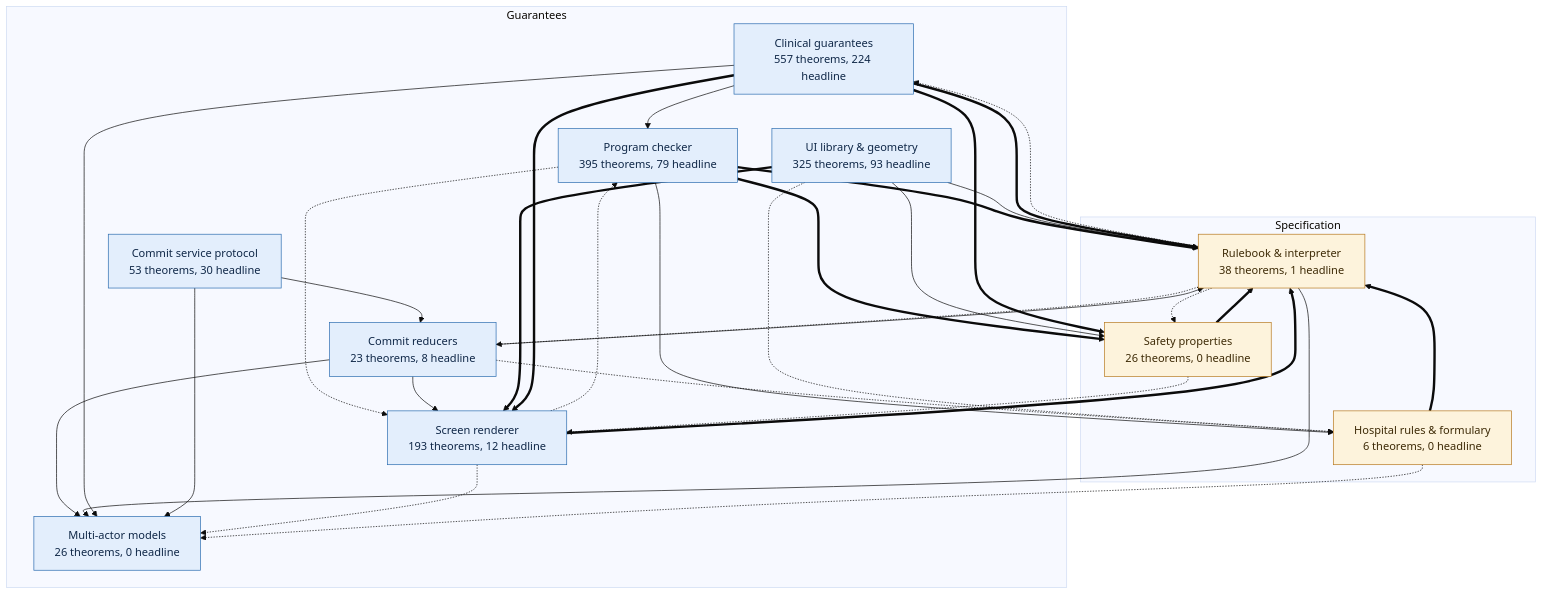
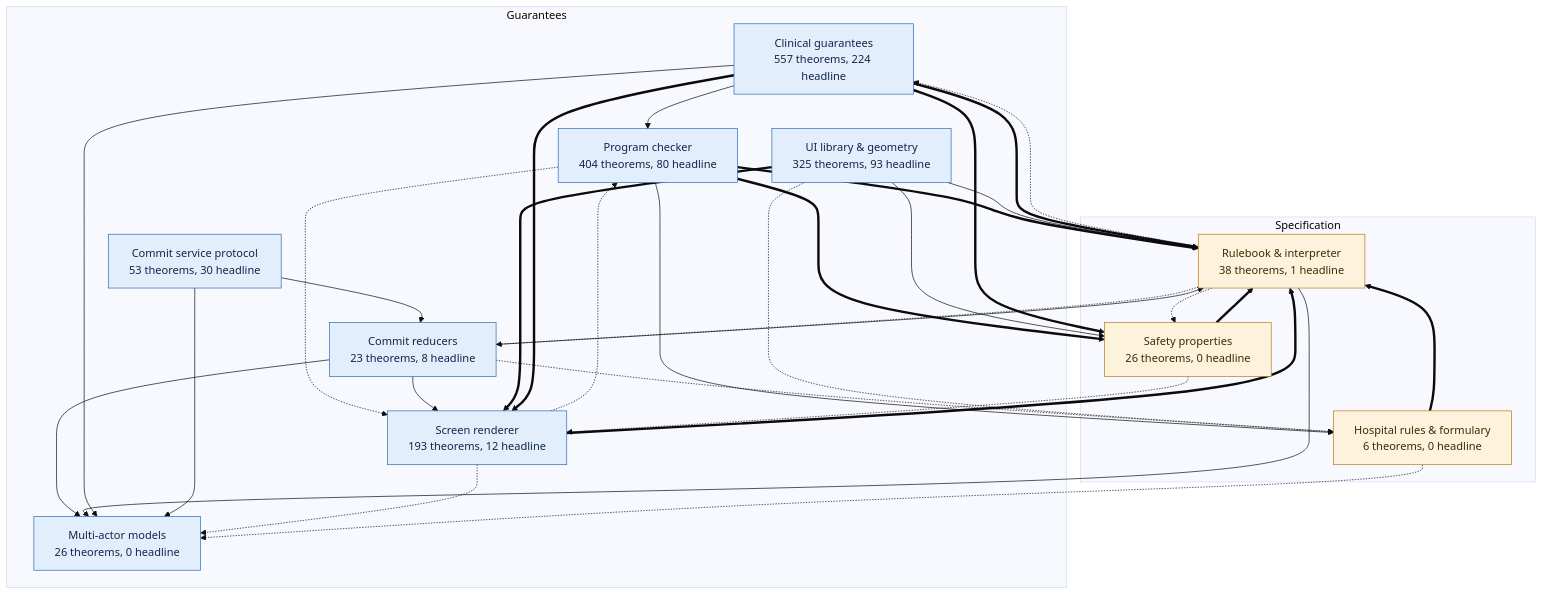
Before and after one commit to saithat/VGI-Health: the first of 10 diagrams in docs/proof-map.md, drawn with Mermaid (base theme). The commit also changed other lines of this file and 17 other files, not shown here.

````diff
--- a/docs/proof-map.md
+++ b/docs/proof-map.md
@@ -15,49 +15,49 @@
 ```mermaid
 flowchart TB
   subgraph guar_g["Guarantees"]
     proofs["Clinical guarantees<br/>557 theorems, 224 headline"]:::guar
-    check["Program checker<br/>395 theorems, 79 headline"]:::guar
+    check["Program checker<br/>404 theorems, 80 headline"]:::guar
     render["Screen renderer<br/>193 theorems, 12 headline"]:::guar
     layout["UI library &amp; geometry<br/>325 theorems, 93 headline"]:::guar
     commit["Commit reducers<br/>23 theorems, 8 headline"]:::guar
     protocol["Commit service protocol<br/>53 theorems, 30 headline"]:::guar
     multi["Multi-actor models<br/>26 theorems, 0 headline"]:::guar
   end
   subgraph spec_g["Specification"]
     core["Rulebook &amp; interpreter<br/>38 theorems, 1 headline"]:::spec
     props["Safety properties<br/>26 theorems, 0 headline"]:::spec
     specs["Hospital rules &amp; formulary<br/>6 theorems, 0 headline"]:::spec
   end
   check ==> core
   check ==> props
   check -.-> render
   check --> specs
   commit --> core
   commit --> multi
   commit --> render
   commit -.-> specs
   core -.-> commit
   core --> multi
   core -.-> proofs
   core -.-> props
   layout --> core
   layout --> props
   layout ==> render
   layout -.-> specs
   proofs --> check
   proofs ==> core
   proofs --> multi
   proofs ==> props
   proofs ==> render
   props ==> core
   props -.-> render
   protocol --> commit
   protocol --> multi
   render -.-> check
   render ==> core
   render -.-> multi
   specs ==> core
   specs -.-> multi
   classDef spec fill:#fdf3dc,stroke:#b7791f,color:#3d2a06
   classDef guar fill:#e3eefc,stroke:#2b6cb0,color:#0f2747
 ```
````
